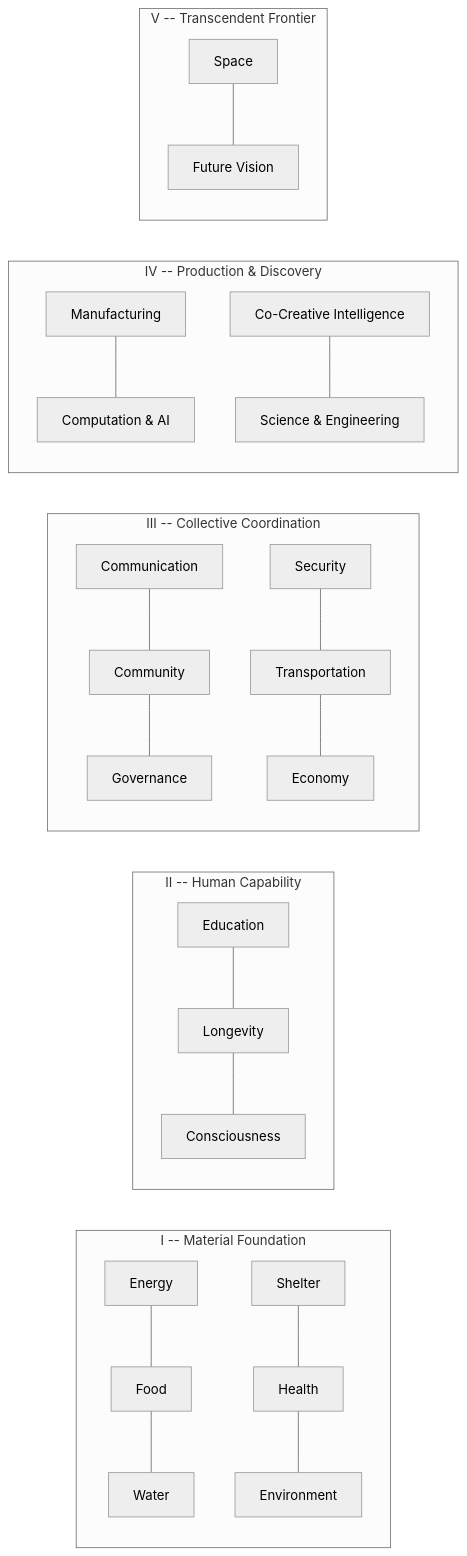
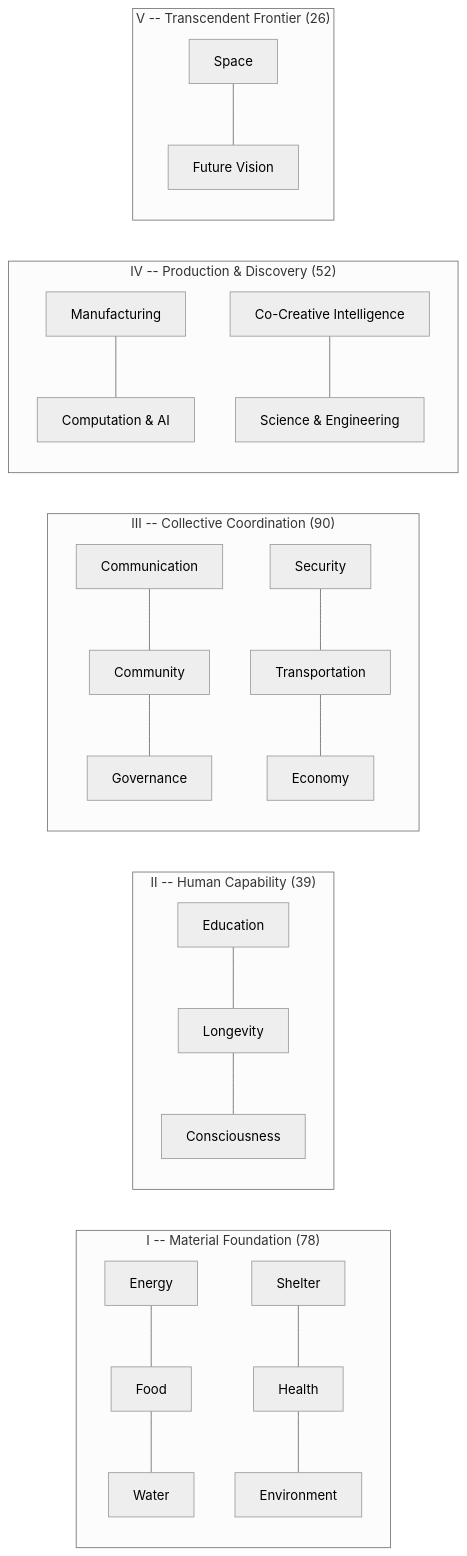
The diagram in README.md (CjTruHeart/abundance-codex), drawn with Mermaid (neutral theme) before and after one commit. The commit also changed other lines of this file, not shown here.

````diff
--- a/README.md
+++ b/README.md
@@ -163,21 +116,21 @@
 ```mermaid
 graph LR
-    subgraph "I -- Material Foundation"
+    subgraph "I -- Material Foundation (78)"
         E[Energy] --- F[Food] --- W[Water]
         S[Shelter] --- H[Health] --- En[Environment]
     end
-    subgraph "II -- Human Capability"
+    subgraph "II -- Human Capability (39)"
         Ed[Education] --- L[Longevity] --- C[Consciousness]
     end
-    subgraph "III -- Collective Coordination"
+    subgraph "III -- Collective Coordination (90)"
         Co[Communication] --- Cm[Community] --- G[Governance]
         Se[Security] --- T[Transportation] --- Ec[Economy]
     end
-    subgraph "IV -- Production & Discovery"
+    subgraph "IV -- Production & Discovery (52)"
         M[Manufacturing] --- CI[Computation & AI]
         CC[Co-Creative Intelligence] --- Sc[Science & Engineering]
     end
-    subgraph "V -- Transcendent Frontier"
+    subgraph "V -- Transcendent Frontier (26)"
         Sp[Space] --- FV[Future Vision]
     end
 ```
````
